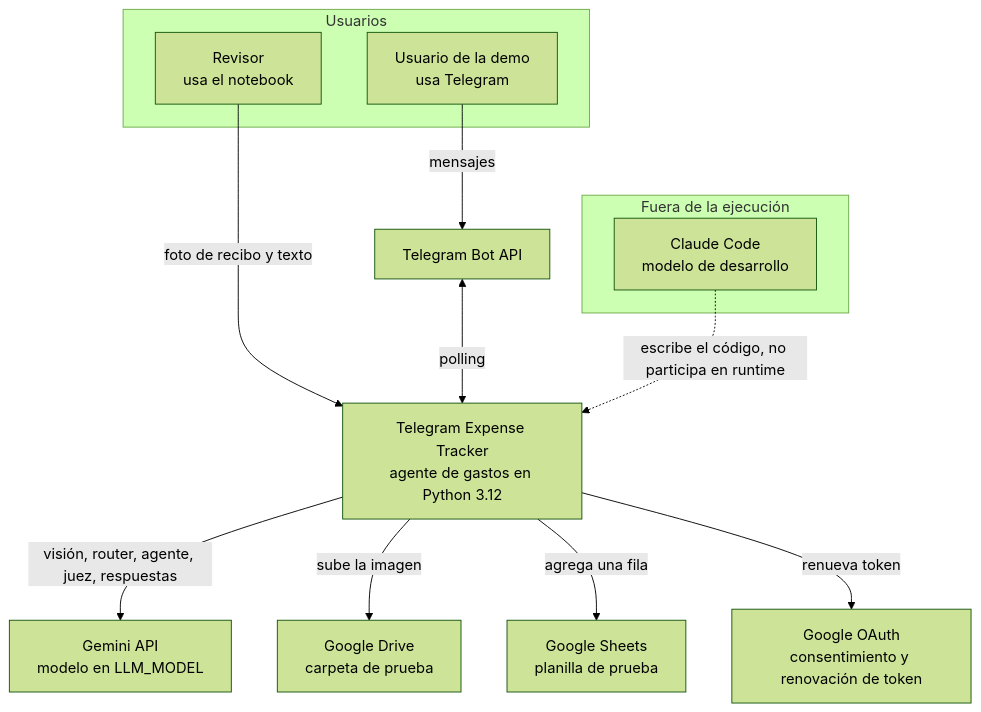
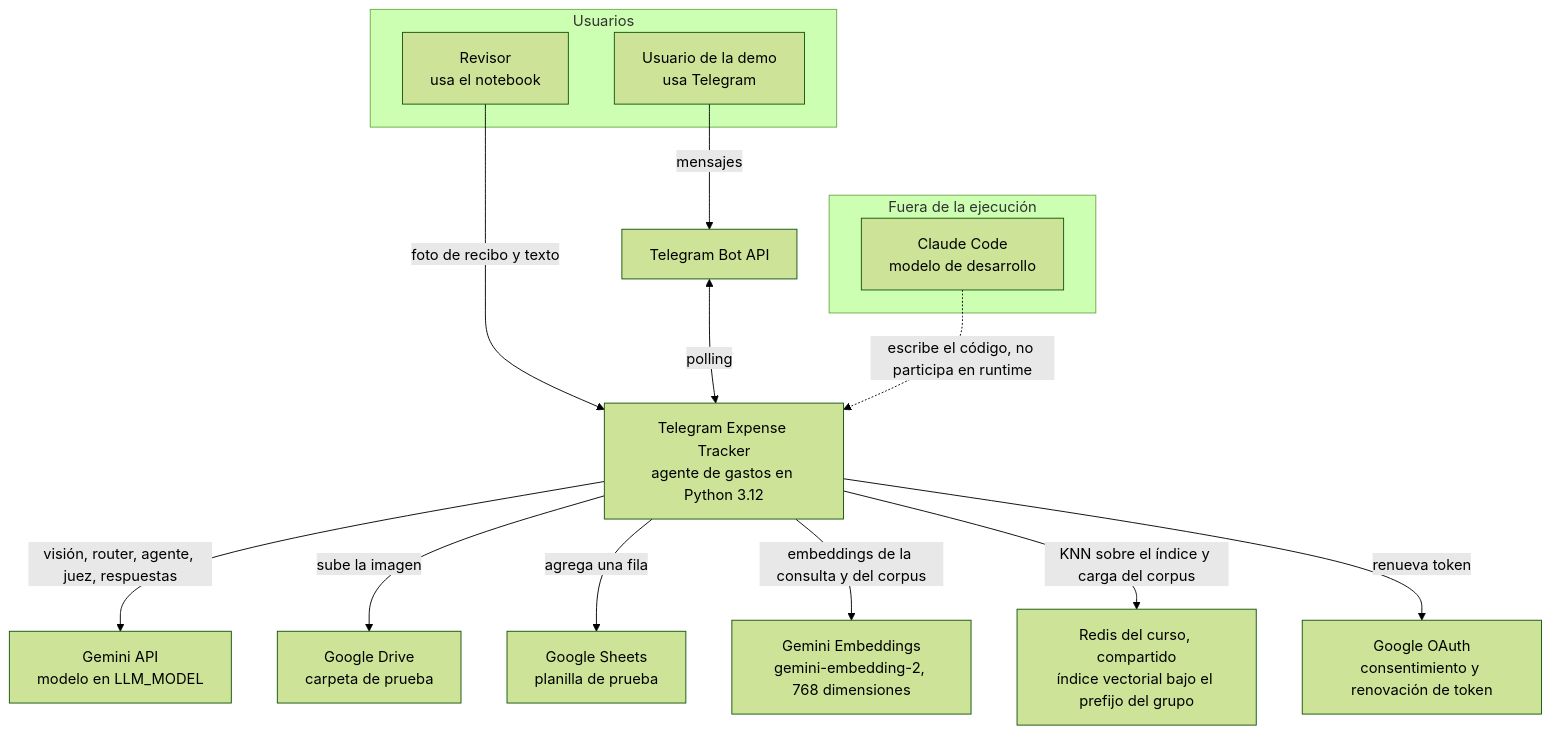
One commit to gherrerz/Claude-telegram-expense-tracker changed the first of 16 diagrams in docs/solution_architecture.md. Above: the diagram before and after it, drawn with Mermaid (forest theme). The commit also changed other lines of this file and 14 other files, not shown here.

Commit message:
feat(eval): add golden set v2 with rag cases and update architecture docs (stage 15)

````diff
--- a/docs/solution_architecture.md
+++ b/docs/solution_architecture.md
@@ -43,28 +44,32 @@
 ```mermaid
 flowchart TB
     subgraph Usuarios["Usuarios"]
         NBU["Revisor<br/>usa el notebook"]
         TGU["Usuario de la demo<br/>usa Telegram"]
     end
 
     SYS["Telegram Expense Tracker<br/>agente de gastos en Python 3.12"]
 
     GEM["Gemini API<br/>modelo en LLM_MODEL"]
     DRV["Google Drive<br/>carpeta de prueba"]
     SHT["Google Sheets<br/>planilla de prueba"]
+    EMB["Gemini Embeddings<br/>gemini-embedding-2, 768 dimensiones"]
+    RDS["Redis del curso, compartido<br/>índice vectorial bajo el prefijo del grupo"]
     TGA["Telegram Bot API"]
     OAU["Google OAuth<br/>consentimiento y renovación de token"]
 
     NBU -->|"foto de recibo y texto"| SYS
     TGU -->|"mensajes"| TGA
     TGA <-->|"polling"| SYS
     SYS -->|"visión, router, agente, juez, respuestas"| GEM
     SYS -->|"sube la imagen"| DRV
     SYS -->|"agrega una fila"| SHT
+    SYS -->|"embeddings de la consulta y del corpus"| EMB
+    SYS -->|"KNN sobre el índice y carga del corpus"| RDS
     SYS -->|"renueva token"| OAU
 
     subgraph Desarrollo["Fuera de la ejecución"]
         CC["Claude Code<br/>modelo de desarrollo"]
     end
     CC -.->|"escribe el código, no participa en runtime"| SYS
 ```
````
